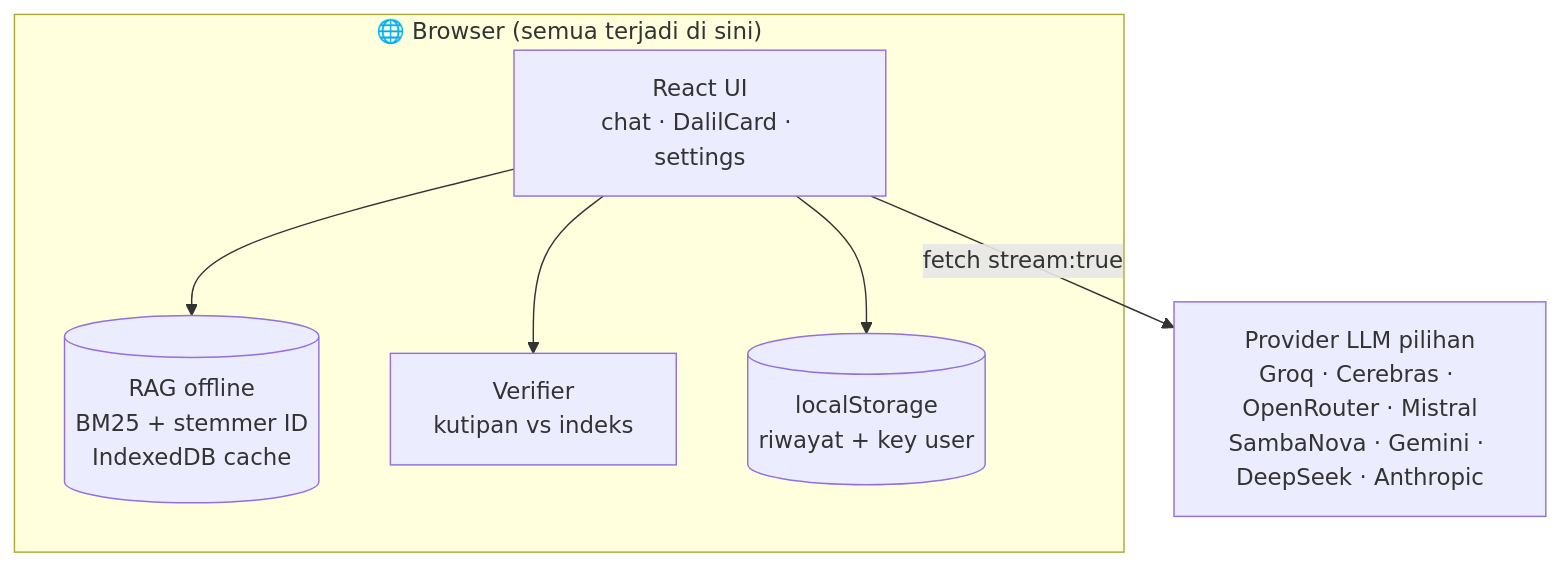
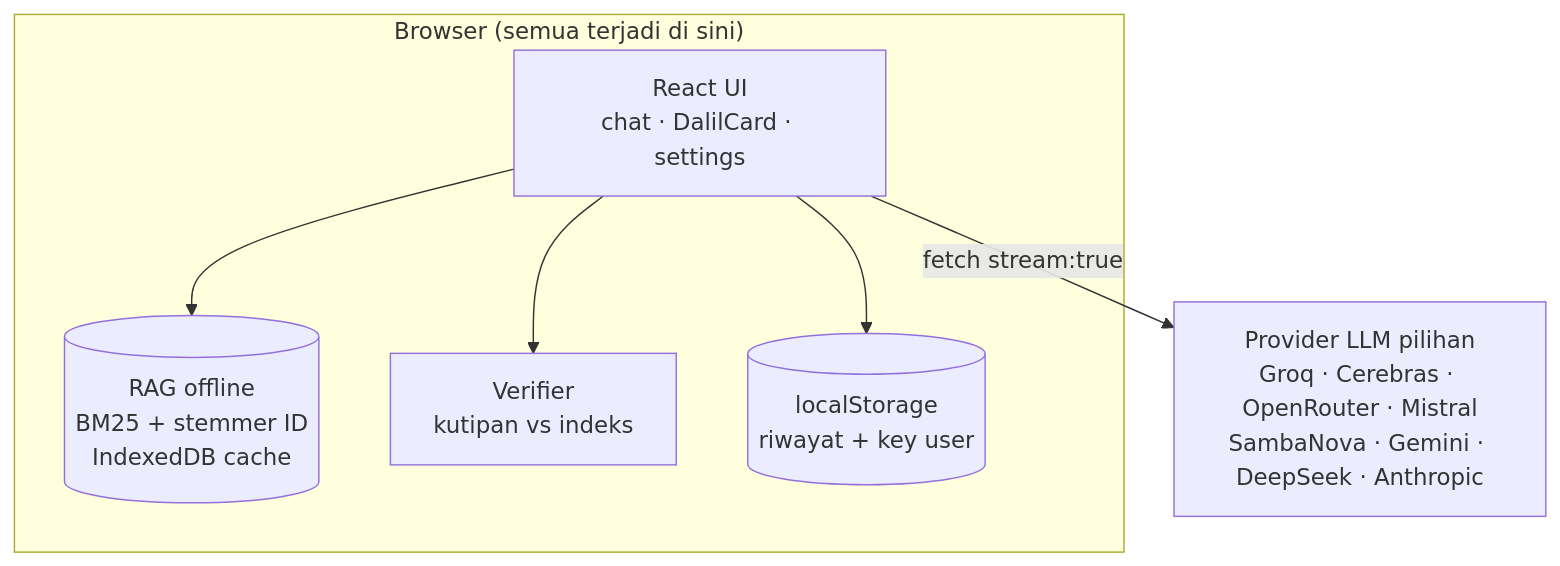
The diagram in README.md (kandarlubis31/sahabatai-showcase), drawn with Mermaid before and after one commit. The commit also changed other lines of this file, not shown here.

````diff
--- a/README.md
+++ b/README.md
@@ -45,13 +45,13 @@
 ```mermaid
 flowchart TB
-    subgraph B["🌐 Browser (semua terjadi di sini)"]
+    subgraph B[" Browser (semua terjadi di sini)"]
         UI["React UI<br/>chat · DalilCard · settings"]
         RAG[("RAG offline<br/>BM25 + stemmer ID<br/>IndexedDB cache")]
         V["Verifier<br/>kutipan vs indeks"]
         H[("localStorage<br/>riwayat + key user")]
     end
     UI --> RAG
     UI --> V
     UI --> H
     UI -->|"fetch stream:true"| P["Provider LLM pilihan<br/>Groq · Cerebras · OpenRouter · Mistral<br/>SambaNova · Gemini · DeepSeek · Anthropic"]
 ```
````
